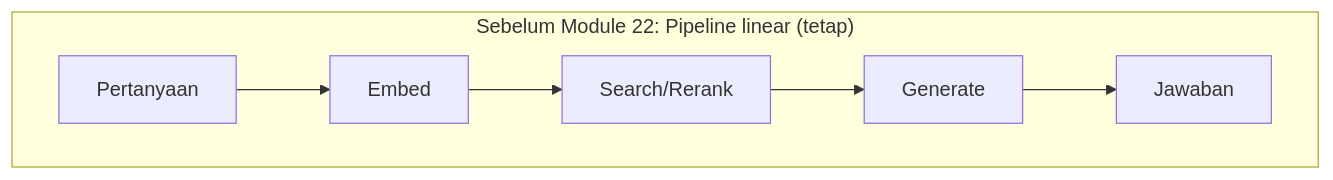
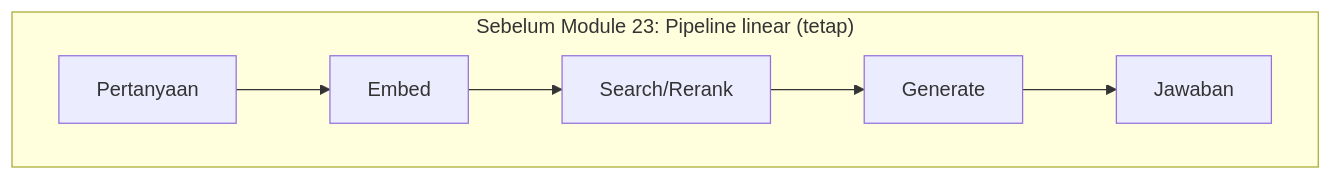
Before and after one commit to githubna-ilham/nala_ai: the second of 6 diagrams in Module-23-LangGraph-Agent-Tool-Calling/materi.md, drawn with Mermaid. The commit also changed other lines of this file and 1 other file, not shown here.

Commit message:
Module 23-24 (dulu 22-23): perbaiki H1 title dan semua cross-reference nomor modul setelah pemisahan Module 12/13

````diff
--- a/Module-23-LangGraph-Agent-Tool-Calling/materi.md
+++ b/Module-23-LangGraph-Agent-Tool-Calling/materi.md
@@ -42,7 +42,7 @@
 ```mermaid
 flowchart LR
-    subgraph "Sebelum Module 22: Pipeline linear (tetap)"
+    subgraph "Sebelum Module 23: Pipeline linear (tetap)"
         direction LR
         A1["Pertanyaan"] --> A2["Embed"] --> A3["Search/Rerank"] --> A4["Generate"] --> A5["Jawaban"]
     end
 ```
````
